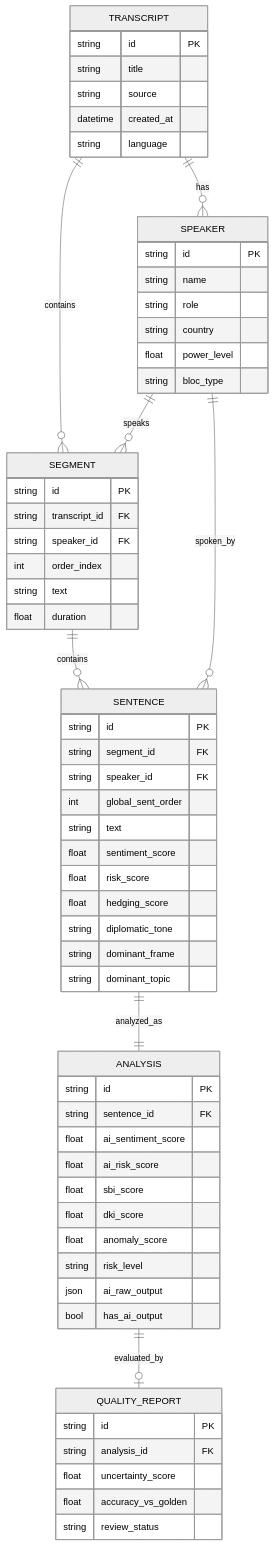
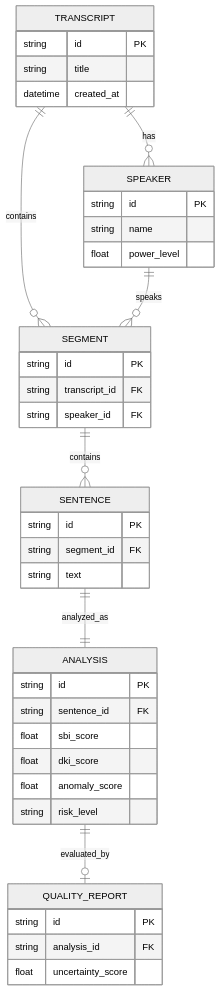
One commit to BBgitaccount/BB-PAXDATA changed the second of 5 diagrams in README.md. Above: the diagram before and after it, drawn with Mermaid (neutral theme). The commit also changed other lines of this file and 2 other files, not shown here.

````diff
--- a/README.md
+++ b/README.md
@@ -243,66 +111,43 @@
 ```mermaid
 erDiagram
     TRANSCRIPT {
         string id PK
         string title
-        string source
         datetime created_at
-        string language
     }
     SPEAKER {
         string id PK
         string name
-        string role
-        string country
         float power_level
-        string bloc_type
     }
     SEGMENT {
         string id PK
         string transcript_id FK
         string speaker_id FK
-        int order_index
-        string text
-        float duration
     }
     SENTENCE {
         string id PK
         string segment_id FK
-        string speaker_id FK
-        int global_sent_order
         string text
-        float sentiment_score
-        float risk_score
-        float hedging_score
-        string diplomatic_tone
-        string dominant_frame
-        string dominant_topic
     }
     ANALYSIS {
         string id PK
         string sentence_id FK
-        float ai_sentiment_score
-        float ai_risk_score
         float sbi_score
         float dki_score
         float anomaly_score
         string risk_level
-        json ai_raw_output
-        bool has_ai_output
     }
     QUALITY_REPORT {
         string id PK
         string analysis_id FK
         float uncertainty_score
-        float accuracy_vs_golden
-        string review_status
     }
 
     TRANSCRIPT ||--o{ SPEAKER : "has"
     TRANSCRIPT ||--o{ SEGMENT : "contains"
     SPEAKER ||--o{ SEGMENT : "speaks"
     SEGMENT ||--o{ SENTENCE : "contains"
-    SPEAKER ||--o{ SENTENCE : "spoken_by"
     SENTENCE ||--|| ANALYSIS : "analyzed_as"
     ANALYSIS ||--o| QUALITY_REPORT : "evaluated_by"
 ```
````
